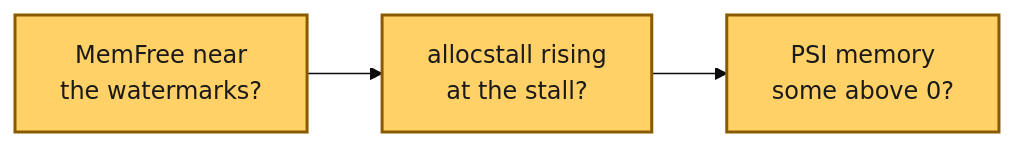
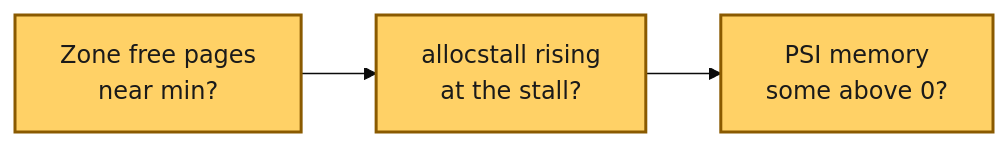
The diagram in examples/use-cases/17-memory-pressure-on-a-latency-host.md (vitor-tadashi/mechanical-sympathy), drawn with Mermaid (base theme) before and after one commit. The commit also changed other lines of this file and 1 other file, not shown here.

First line of the commit message:
fix(use-cases): compare free pages per zone in 17

````diff
--- a/examples/use-cases/17-memory-pressure-on-a-latency-host.md
+++ b/examples/use-cases/17-memory-pressure-on-a-latency-host.md
@@ -30,6 +30,6 @@
 ```mermaid
 flowchart LR
-  a["MemFree near<br/>the watermarks?"] --> b["allocstall rising<br/>at the stall?"] --> c["PSI memory<br/>some above 0?"]
+  a["Zone free pages<br/>near min?"] --> b["allocstall rising<br/>at the stall?"] --> c["PSI memory<br/>some above 0?"]
   class a,b,c focus
   classDef focus fill:#ffd166,stroke:#8a5a00,color:#1a1a1a,stroke-width:2px
 ```
````
